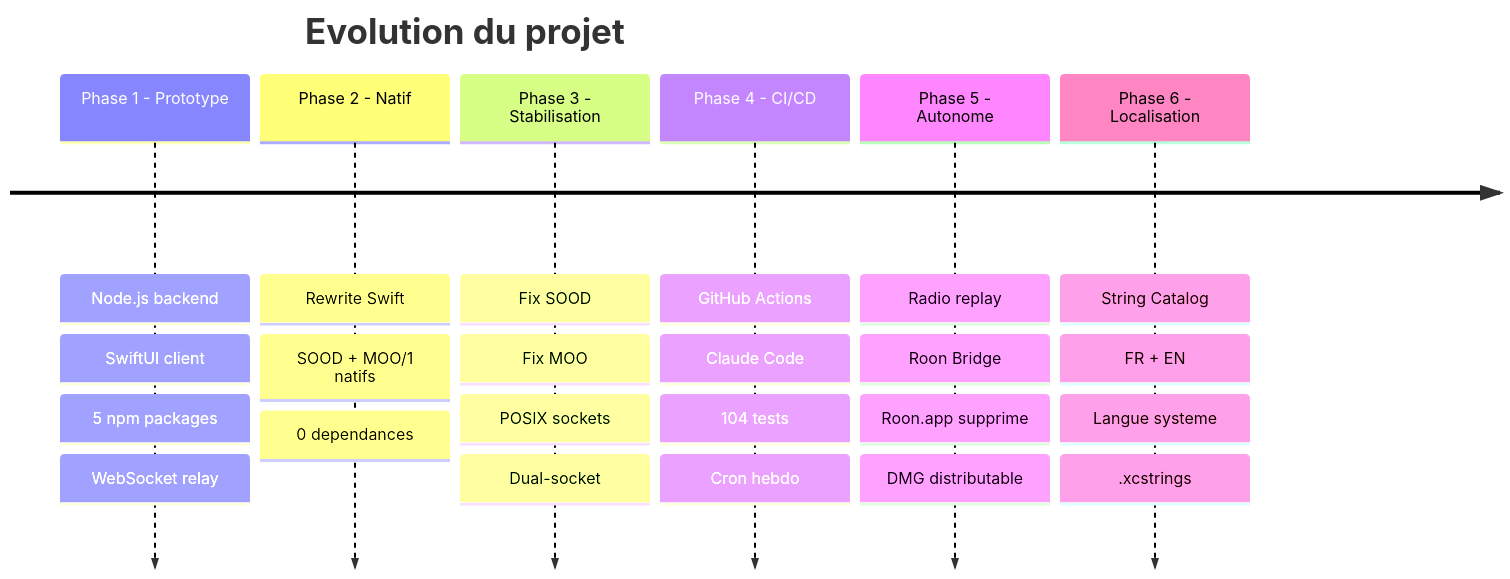
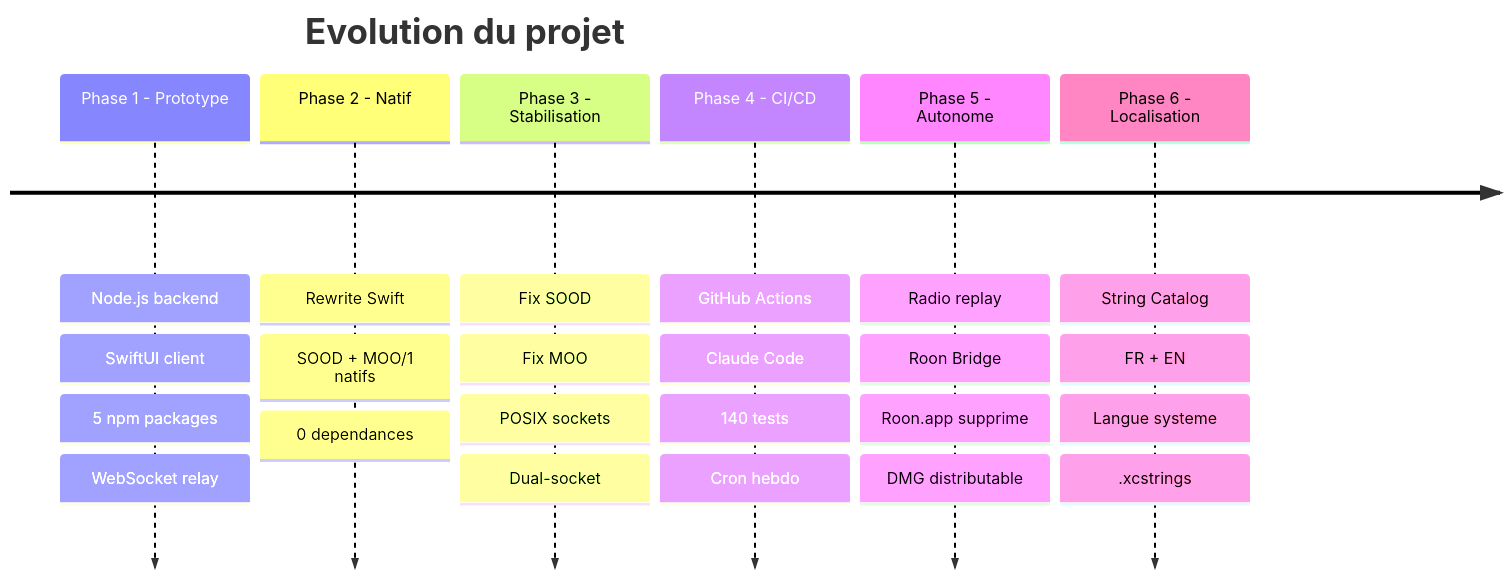
One commit to renesenses/roon-controller changed the seventh of 7 diagrams in docs/PRESENTATION.md. Above: the diagram before and after it, drawn with Mermaid. The commit also changed other lines of this file and 5 other files, not shown here.

First line of the commit message:
Update docs with Mermaid diagrams, Homebrew workflow, and test counts

````diff
--- a/docs/PRESENTATION.md
+++ b/docs/PRESENTATION.md
@@ -447,10 +447,10 @@
 ```mermaid
 timeline
     title Evolution du projet
     Phase 1 - Prototype : Node.js backend : SwiftUI client : 5 npm packages : WebSocket relay
     Phase 2 - Natif : Rewrite Swift : SOOD + MOO/1 natifs : 0 dependances
     Phase 3 - Stabilisation : Fix SOOD : Fix MOO : POSIX sockets : Dual-socket
-    Phase 4 - CI/CD : GitHub Actions : Claude Code : 104 tests : Cron hebdo
+    Phase 4 - CI/CD : GitHub Actions : Claude Code : 140 tests : Cron hebdo
     Phase 5 - Autonome : Radio replay : Roon Bridge : Roon.app supprime : DMG distributable
     Phase 6 - Localisation : String Catalog : FR + EN : Langue systeme : .xcstrings
 ```
````
